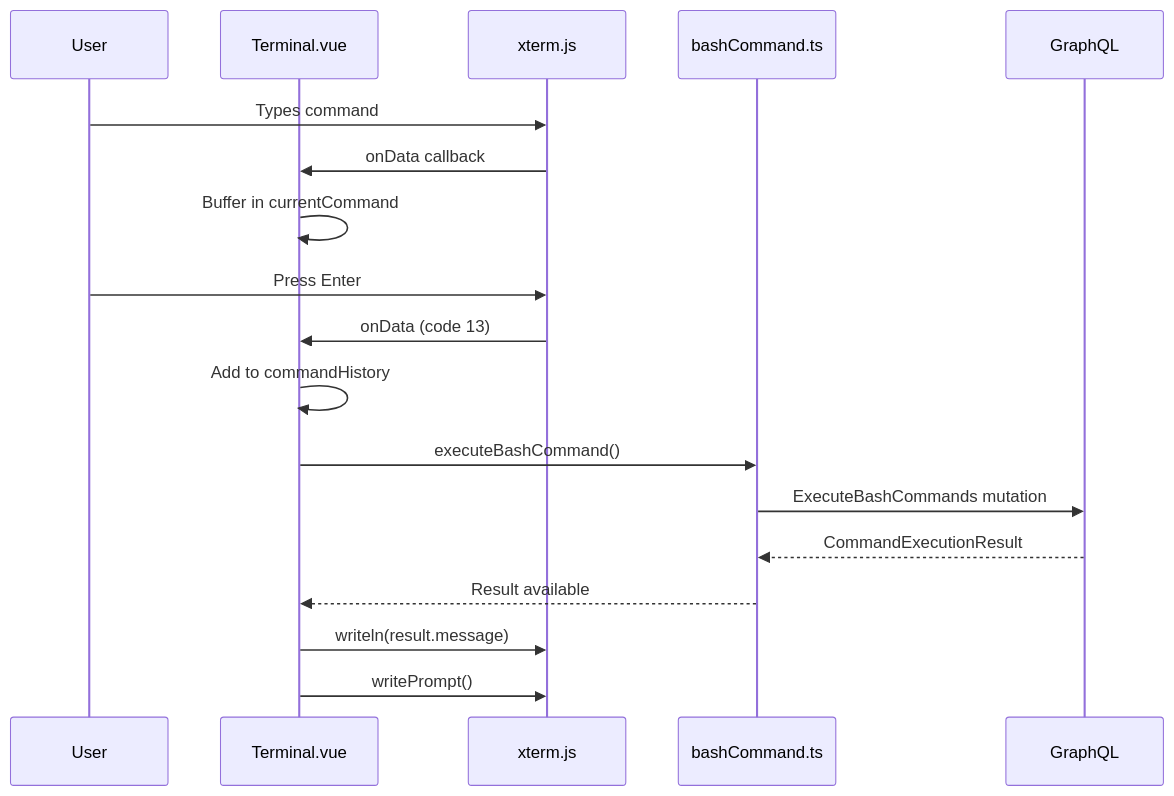
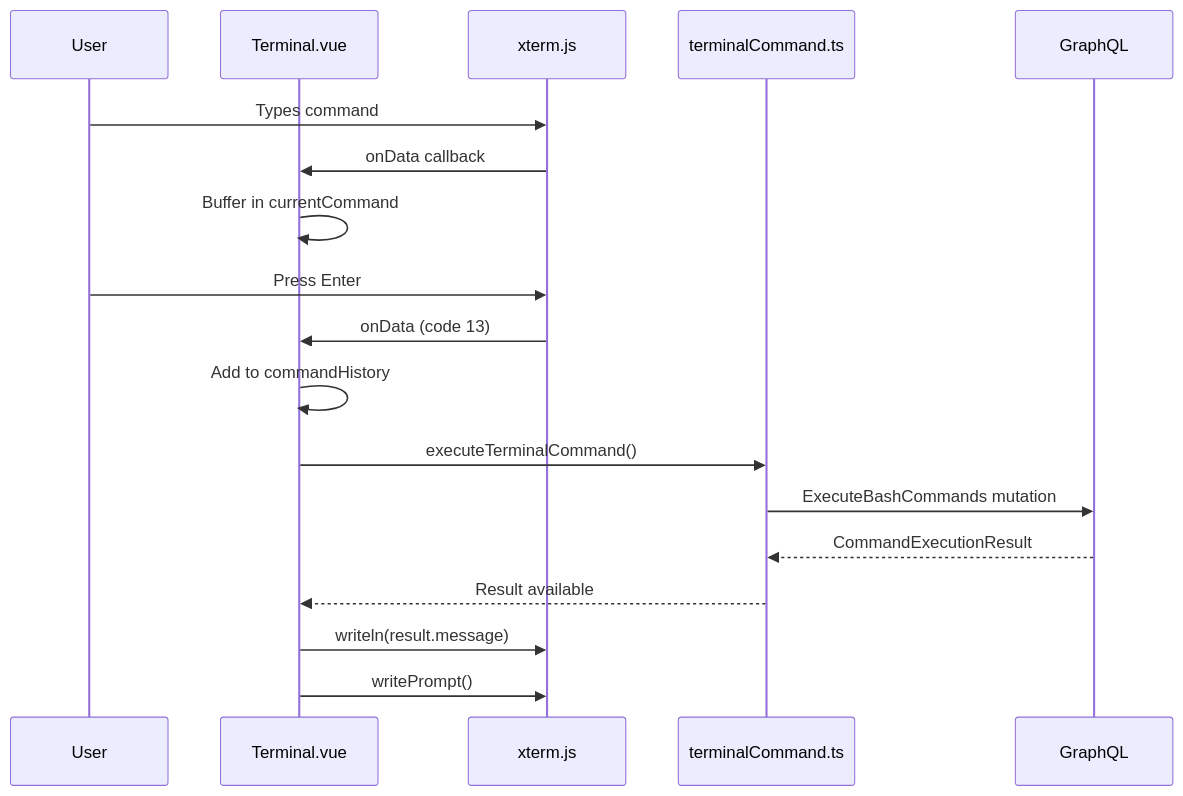
Before and after one commit to AutoByteus/autobyteus-web: the second of 2 diagrams in docs/terminal.md, drawn with Mermaid. The commit also changed other lines of this file and 10 other files, not shown here.

````diff
--- a/docs/terminal.md
+++ b/docs/terminal.md
@@ -105,21 +105,21 @@
 ```mermaid
 sequenceDiagram
     participant User
     participant Terminal as Terminal.vue
     participant XTerm as xterm.js
-    participant Store as bashCommand.ts
+    participant Store as terminalCommand.ts
     participant Backend as GraphQL
 
     User->>XTerm: Types command
     XTerm->>Terminal: onData callback
     Terminal->>Terminal: Buffer in currentCommand
     User->>XTerm: Press Enter
     XTerm->>Terminal: onData (code 13)
     Terminal->>Terminal: Add to commandHistory
-    Terminal->>Store: executeBashCommand()
+    Terminal->>Store: executeTerminalCommand()
     Store->>Backend: ExecuteBashCommands mutation
     Backend-->>Store: CommandExecutionResult
     Store-->>Terminal: Result available
     Terminal->>XTerm: writeln(result.message)
     Terminal->>XTerm: writePrompt()
 ```
````
